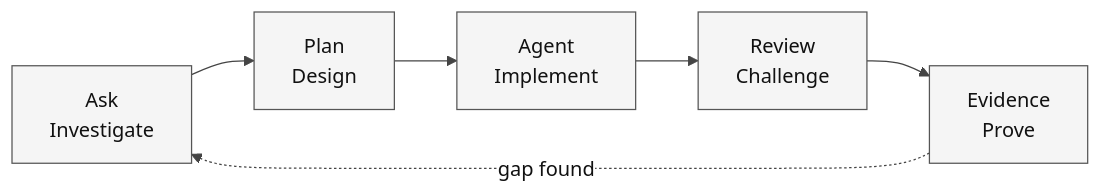
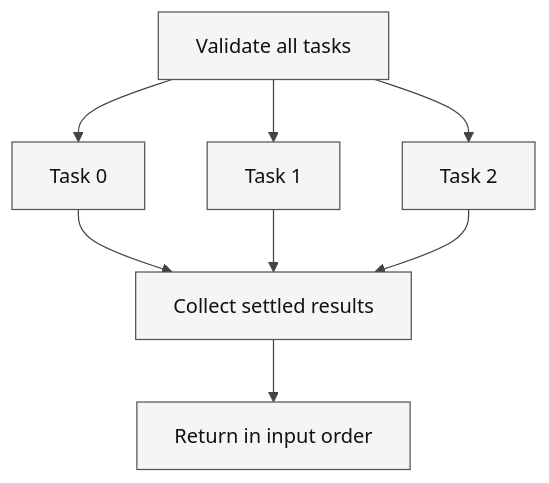
Before and after one commit to workshop-gbb/awesome-copilot-adventures: the diagram in adventures/03-advanced/mythos-parallel/README.md, drawn with Mermaid. The commit also changed other lines of this file and 215 other files, not shown here.

````diff
--- a/adventures/03-advanced/mythos-parallel/README.md
+++ b/adventures/03-advanced/mythos-parallel/README.md
@@ -25,51 +28,53 @@
 ```mermaid
 ---
 config:
   theme: base
   look: classic
   themeVariables:
     darkMode: false
     background: "#ffffff"
     primaryColor: "#f5f5f5"
     primaryTextColor: "#111111"
     primaryBorderColor: "#555555"
     secondaryColor: "#e0e0e0"
     secondaryTextColor: "#111111"
     secondaryBorderColor: "#666666"
     tertiaryColor: "#bdbdbd"
     tertiaryTextColor: "#111111"
     tertiaryBorderColor: "#444444"
     lineColor: "#444444"
     textColor: "#111111"
     mainBkg: "#f5f5f5"
     nodeBorder: "#555555"
     clusterBkg: "#ffffff"
     clusterBorder: "#999999"
     edgeLabelBackground: "#ffffff"
     actorBkg: "#e0e0e0"
     actorBorder: "#555555"
     actorTextColor: "#111111"
     actorLineColor: "#777777"
     signalColor: "#333333"
     signalTextColor: "#111111"
     labelBoxBkgColor: "#f5f5f5"
     labelBoxBorderColor: "#777777"
     labelTextColor: "#111111"
     loopTextColor: "#111111"
     activationBkgColor: "#bdbdbd"
     activationBorderColor: "#555555"
     noteBkgColor: "#f5f5f5"
     noteTextColor: "#111111"
     noteBorderColor: "#777777"
     attributeBackgroundColorOdd: "#f5f5f5"
     attributeBackgroundColorEven: "#e0e0e0"
 ---
-flowchart LR
-    accTitle: Evidence-first development workflow
-    accDescr: Investigation leads to planning, implementation, review and evidence; unresolved gaps return to investigation.
-    A["Ask<br/>Investigate"] --> P["Plan<br/>Design"]
-    P --> G["Agent<br/>Implement"]
-    G --> R["Review<br/>Challenge"]
-    R --> E["Evidence<br/>Prove"]
-    E -. "gap found" .-> A
+flowchart TD
+    accTitle: The Parallel Trials of Mythos capability map
+    accDescr: Parallel execution is useful only when dependencies and ownership permit it. A failed task remains visible in the evidence.
+    V["Validate all tasks"] --> A["Task 0"]
+    V --> B["Task 1"]
+    V --> C["Task 2"]
+    A --> R["Collect settled results"]
+    B --> R
+    C --> R
+    R --> O["Return in input order"]
 ```
````
